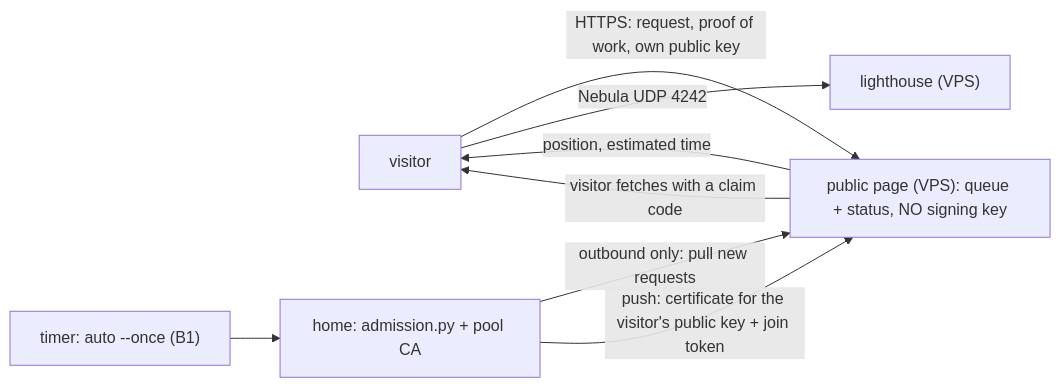
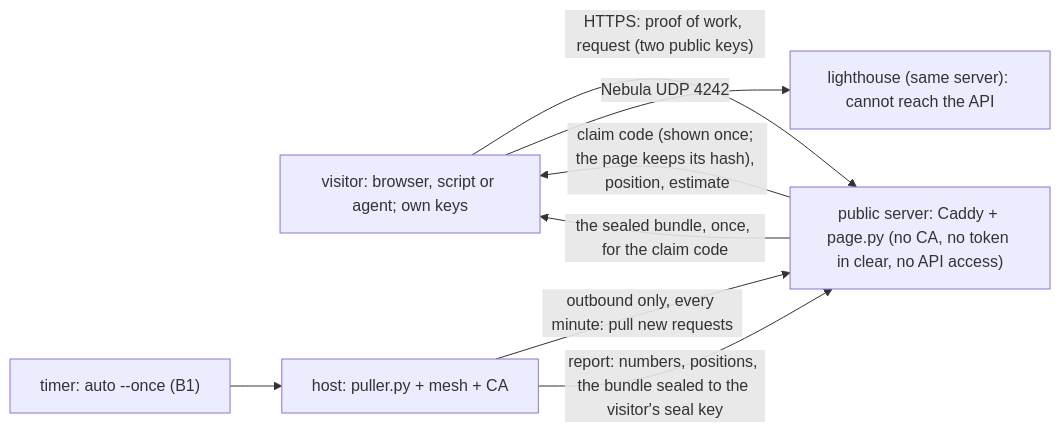
Before and after one commit to villadalmine/k8s-lan-party: the third of 3 diagrams in docs/ADMISSION.md, drawn with Mermaid. The commit also changed other lines of this file and 30 other files, not shown here.

First line of the commit message:
feat(poc): the optional public page, phase B2 (pull model, own keys, sealed bundle, threat model) (#34)

````diff
--- a/docs/ADMISSION.md
+++ b/docs/ADMISSION.md
@@ -326,10 +327,10 @@
 ```mermaid
 flowchart LR
-  V["visitor"] -->|"HTTPS: request, proof of work, own public key"| P["public page (VPS): queue + status, NO signing key"]
-  P -->|"position, estimated time"| V
-  H["home: admission.py + pool CA"] -->|"outbound only: pull new requests"| P
-  H -->|"push: certificate for the visitor's public key + join token"| P
-  P -->|"visitor fetches with a claim code"| V
+  V["visitor: browser, script or agent; own keys"] -->|"HTTPS: proof of work, request (two public keys)"| P["public server: Caddy + page.py (no CA, no token in clear, no API access)"]
+  P -->|"claim code (shown once; the page keeps its hash), position, estimate"| V
+  H["host: puller.py + mesh + CA"] -->|"outbound only, every minute: pull new requests"| P
+  H -->|"report: numbers, positions, the bundle sealed to the visitor's seal key"| P
+  P -->|"the sealed bundle, once, for the claim code"| V
   T["timer: auto --once (B1)"] --> H
-  V -->|"Nebula UDP 4242"| L["lighthouse (VPS)"]
+  V -->|"Nebula UDP 4242"| L["lighthouse (same server): cannot reach the API"]
 ```
````
